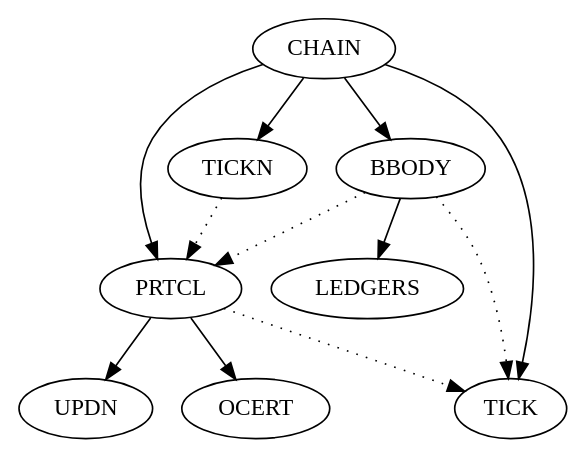
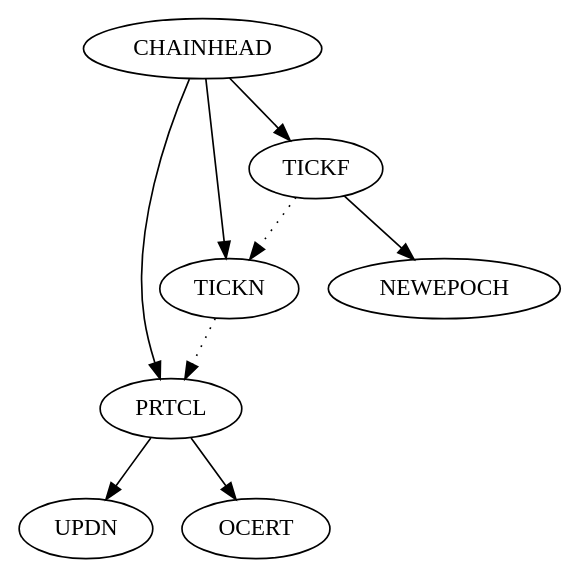
Before and after one commit to IntersectMBO/ouroboros-consensus: the diagram in docs/formal-spec/rules.dot, drawn with Graphviz. The commit also changed 7 other files, not shown here.

```diff
--- a/docs/formal-spec/rules.dot
+++ b/docs/formal-spec/rules.dot
@@ -1,16 +1,13 @@
 digraph STS {
-        CHAIN -> BBODY
-        CHAIN -> PRTCL
-        CHAIN -> TICK
-        CHAIN -> TICKN
+        CHAINHEAD -> PRTCL
+        CHAINHEAD -> TICKN
+        CHAINHEAD -> TICKF
+
         TICKN -> PRTCL [style=dotted]
-
-        BBODY -> PRTCL [style=dotted]
-        BBODY -> TICK [style=dotted]
-        PRTCL -> TICK [style=dotted]
 
         PRTCL -> UPDN
         PRTCL -> OCERT
 
-        BBODY -> LEDGERS
+	TICKF -> NEWEPOCH
+        TICKF -> TICKN [style=dotted]
 }
```
